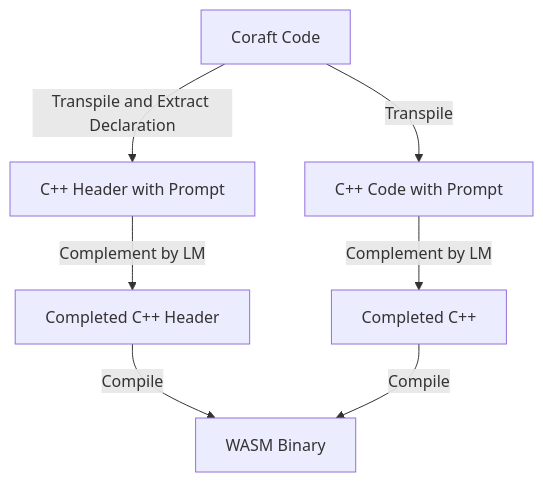
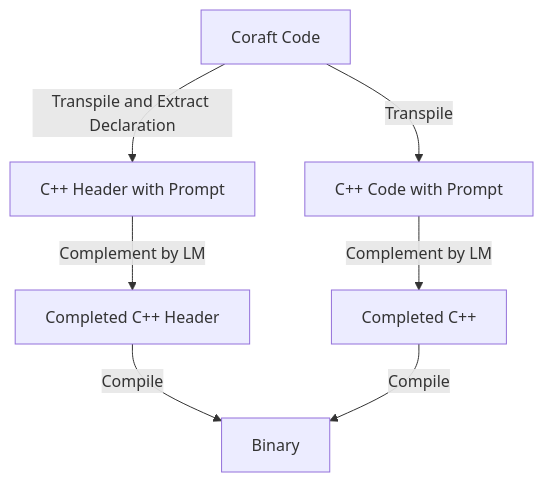
The diagram in README.md (Bom11010010/Coraft), drawn with Mermaid before and after one commit. The commit also changed other lines of this file, not shown here.

````diff
--- a/README.md
+++ b/README.md
@@ -29,9 +22,9 @@
 ```mermaid
 graph TD
 	A[Coraft Code] -->|Transpile| B
 	A -->|Transpile and Extract Declaration | E
 	B[C++ Code with Prompt] -->|Complement by LM| C
 	E[C++ Header with Prompt] -->|Complement by LM| F
-	F[Completed C++ Header] -->|Compile| D[WASM Binary]
+	F[Completed C++ Header] -->|Compile| D[Binary]
 	C[Completed C++] -->|Compile| D
 ```
````
